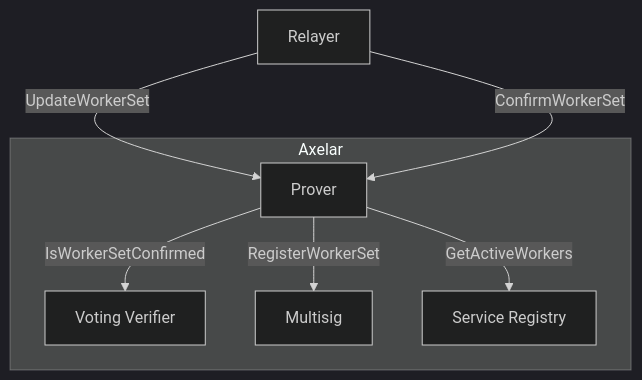
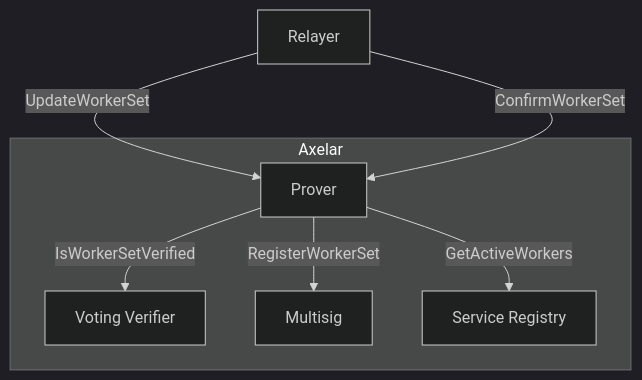
The third of 4 diagrams in doc/src/contracts/multisig_prover.md (kadev2176/axelar-amplifier), drawn with Mermaid (dark theme) before and after one commit. The commit also changed other lines of this file and 22 other files, not shown here.

First line of the commit message:
feat(voting-verifier): move worker set verification logic to query (#201)

````diff
--- a/doc/src/contracts/multisig_prover.md
+++ b/doc/src/contracts/multisig_prover.md
@@ -131,17 +130,17 @@
 ```mermaid
 graph TD
 
 r[Relayer]
 subgraph Axelar
 b[Prover]
 v[Voting Verifier]
 m[Multisig]
 s[Service Registry]
 end
 
 r--UpdateWorkerSet-->b
 b--GetActiveWorkers-->s
 b--RegisterWorkerSet-->m
 r--ConfirmWorkerSet-->b
-b--IsWorkerSetConfirmed-->v
+b--IsWorkerSetVerified-->v
 ```
````
